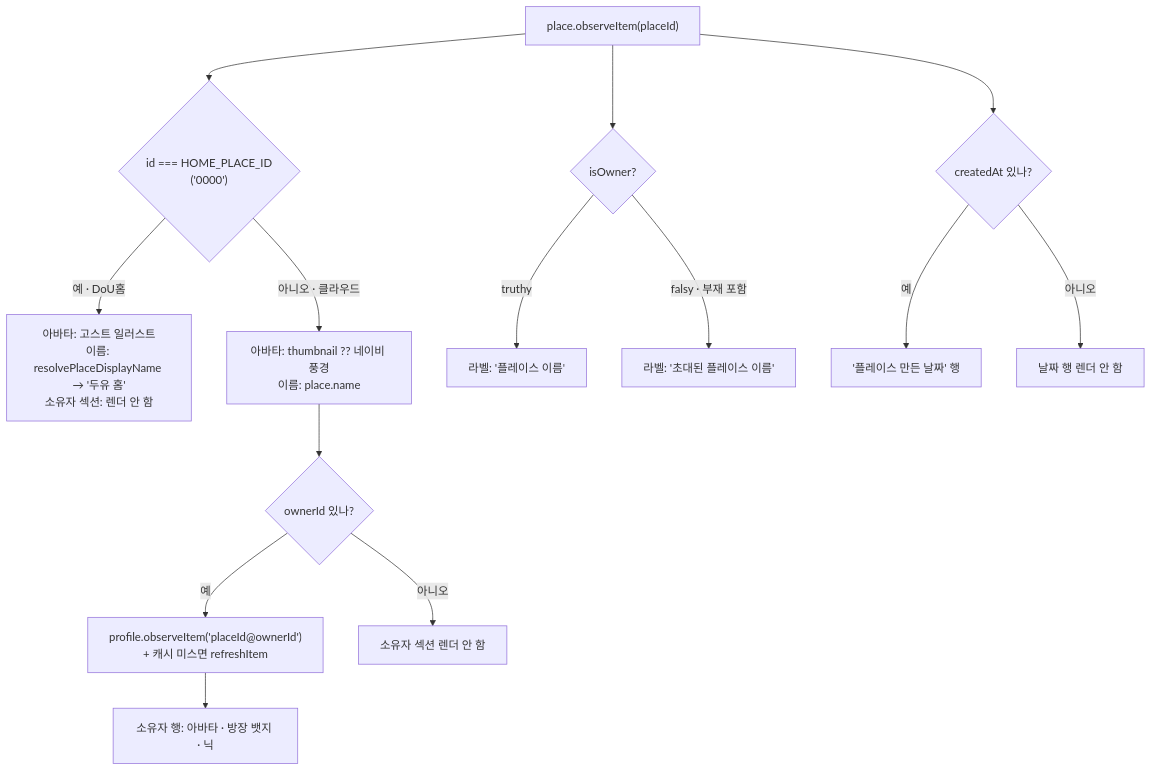
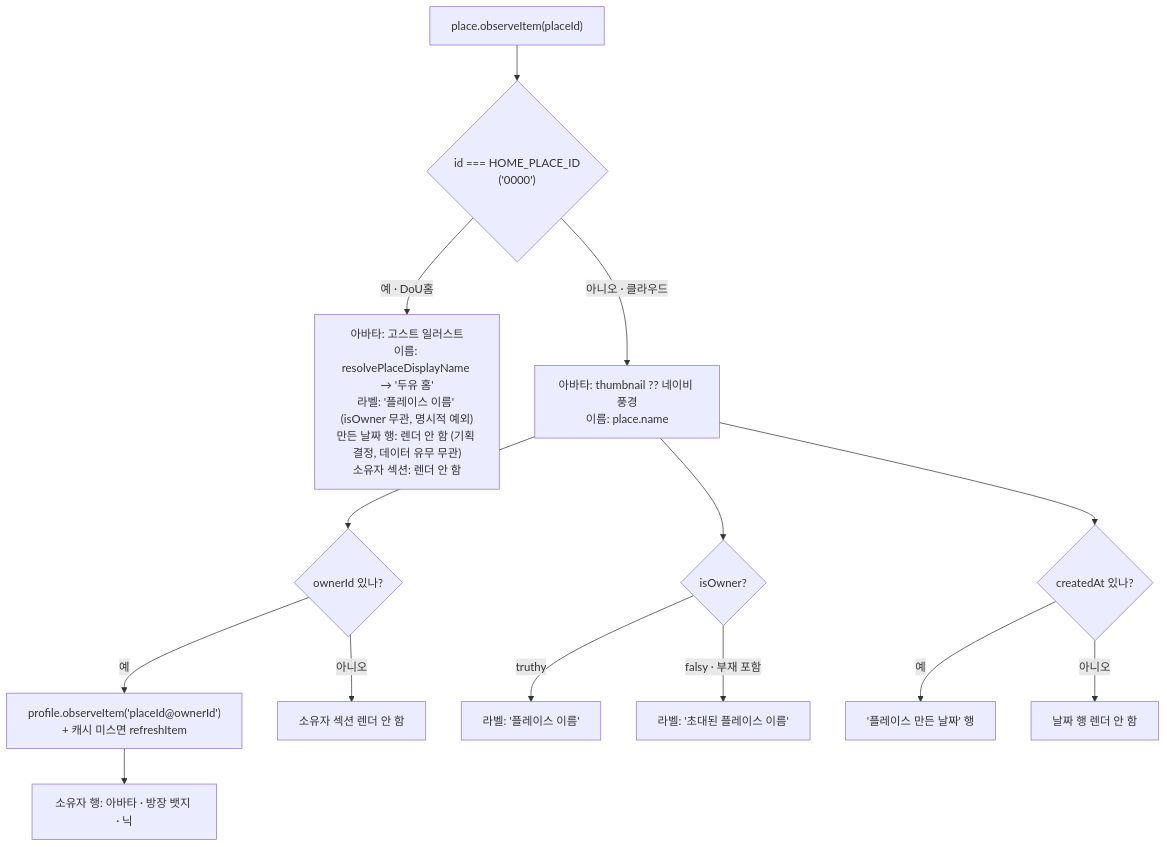
Before and after one commit to lemoncloud-io/dou-app: the second of 3 diagrams in apps/web/docs/feature/place/place-settings.md, drawn with Mermaid. The commit also changed other lines of this file and 3 other files, not shown here.

First line of the commit message:
fix(web/place): pin the relay place-info screen to the owner variant

````diff
--- a/apps/web/docs/feature/place/place-settings.md
+++ b/apps/web/docs/feature/place/place-settings.md
@@ -73,16 +73,16 @@
 ```mermaid
 flowchart TD
     P["place.observeItem(placeId)"] --> H{"id === HOME_PLACE_ID<br/>('0000')"}
-    H -->|"예 · DoU홈"| HA["아바타: 고스트 일러스트<br/>이름: resolvePlaceDisplayName → '두유 홈'<br/>소유자 섹션: 렌더 안 함"]
+    H -->|"예 · DoU홈"| HA["아바타: 고스트 일러스트<br/>이름: resolvePlaceDisplayName → '두유 홈'<br/>라벨: '플레이스 이름' (isOwner 무관, 명시적 예외)<br/>만든 날짜 행: 렌더 안 함 (기획 결정, 데이터 유무 무관)<br/>소유자 섹션: 렌더 안 함"]
     H -->|"아니오 · 클라우드"| CA["아바타: thumbnail ?? 네이비 풍경<br/>이름: place.name"]
     CA --> O{"ownerId 있나?"}
     O -->|예| OP["profile.observeItem('placeId@ownerId')<br/>+ 캐시 미스면 refreshItem"]
     OP --> OR["소유자 행: 아바타 · 방장 뱃지 · 닉"]
     O -->|아니오| OS[소유자 섹션 렌더 안 함]
-    P --> L{"isOwner?"}
+    CA --> L{"isOwner?"}
     L -->|truthy| LN["라벨: '플레이스 이름'"]
     L -->|"falsy · 부재 포함"| LI["라벨: '초대된 플레이스 이름'"]
-    P --> D{"createdAt 있나?"}
+    CA --> D{"createdAt 있나?"}
     D -->|예| DR["'플레이스 만든 날짜' 행"]
     D -->|아니오| DS[날짜 행 렌더 안 함]
 ```
````
